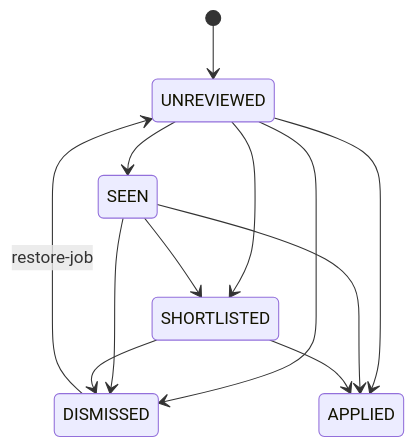
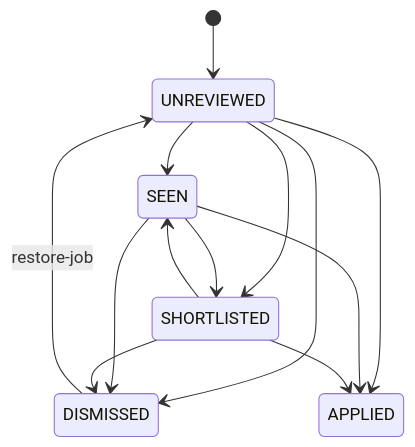
Before and after one commit to Islayder/JobSearch: the third of 5 diagrams in docs/state-machine.md, drawn with Mermaid. The commit also changed other lines of this file and 25 other files, not shown here.

````diff
--- a/docs/state-machine.md
+++ b/docs/state-machine.md
@@ -72,14 +72,15 @@
 ```mermaid
 stateDiagram-v2
     [*] --> UNREVIEWED
     UNREVIEWED --> SEEN
     UNREVIEWED --> SHORTLISTED
     UNREVIEWED --> DISMISSED
     SEEN --> SHORTLISTED
+    SHORTLISTED --> SEEN
     SEEN --> DISMISSED
     SHORTLISTED --> DISMISSED
     DISMISSED --> UNREVIEWED: restore-job
     UNREVIEWED --> APPLIED
     SEEN --> APPLIED
     SHORTLISTED --> APPLIED
 ```
````
